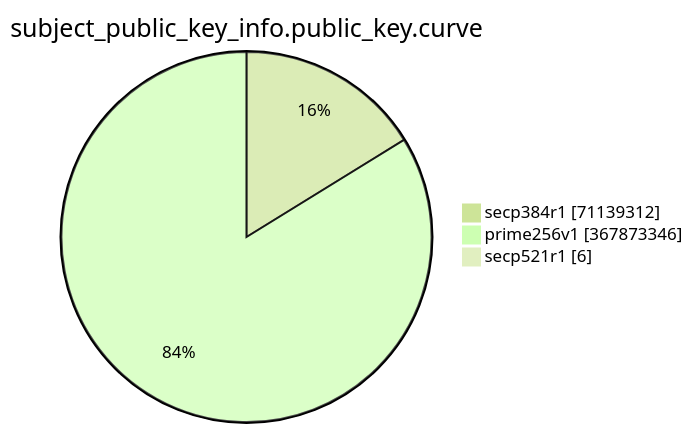
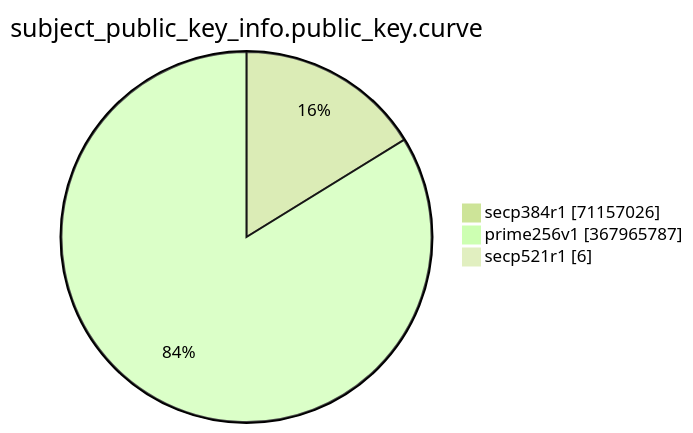
Before and after one commit to christiankrug/ctmonitor_visualization: the eighth of 15 diagrams in TOTAL/README.md, drawn with Mermaid (forest theme). The commit also changed other lines of this file, not shown here.

````diff
--- a/TOTAL/README.md
+++ b/TOTAL/README.md
@@ -3092,7 +3092,7 @@
 ```mermaid
 pie showData
 title subject_public_key_info.public_key.curve
-"secp384r1" :71139312
-"prime256v1" :367873346
+"secp384r1" :71157026
+"prime256v1" :367965787
 "secp521r1" :6
 ```
````
